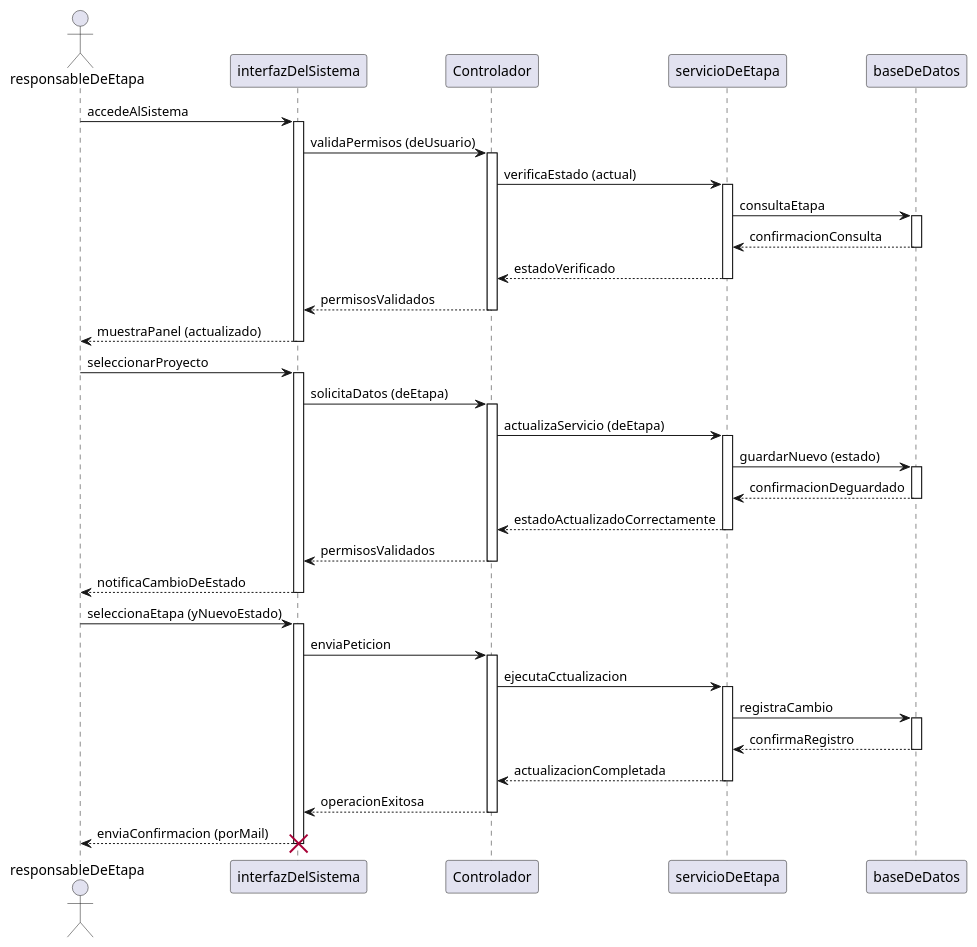
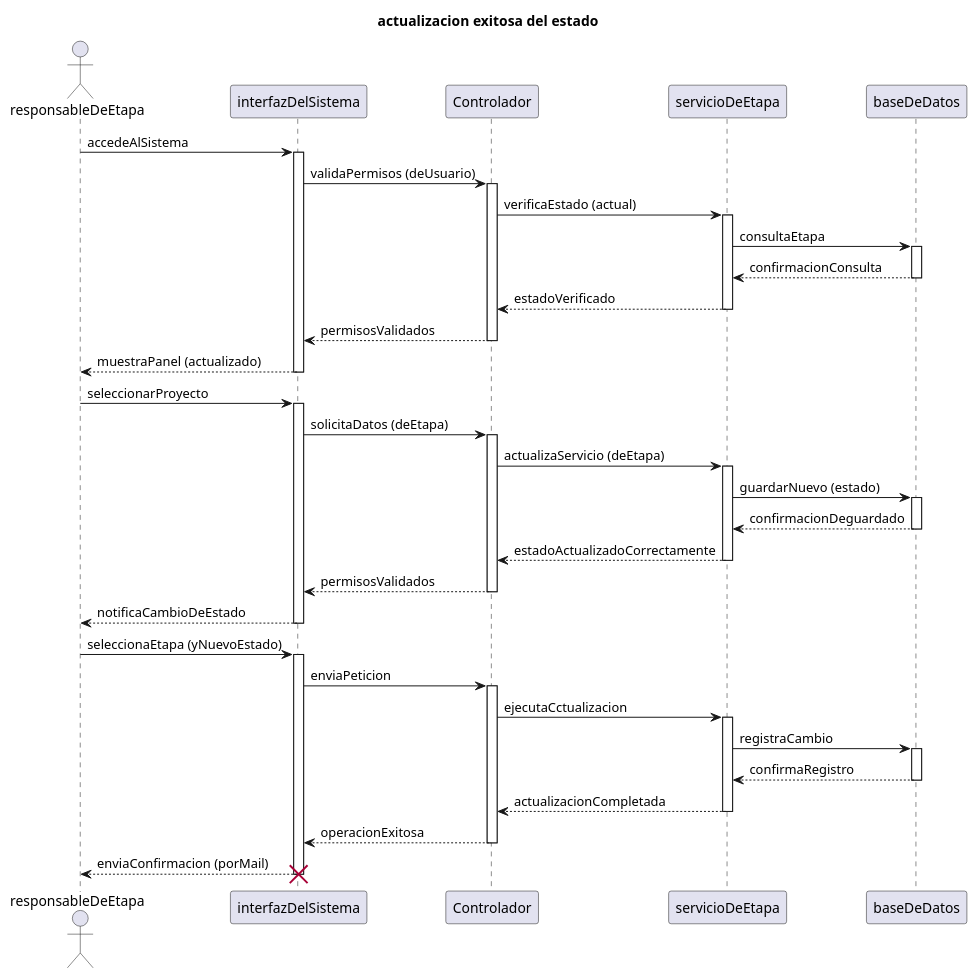
Before and after one commit to 9919-Mili/SistemaProductoraVideos: the diagram in diagramas/05-diagramas-secuencia/05-secuencia-actualizar-estado-de-la-etapa-actualizacion-exitosa-del-estado-de-la-etapa-02.puml, drawn with PlantUML. The commit also changed 4 other files, not shown here.

```diff
--- a/diagramas/05-diagramas-secuencia/05-secuencia-actualizar-estado-de-la-etapa-actualizacion-exitosa-del-estado-de-la-etapa-02.puml
+++ b/diagramas/05-diagramas-secuencia/05-secuencia-actualizar-estado-de-la-etapa-actualizacion-exitosa-del-estado-de-la-etapa-02.puml
@@ -1,61 +1,62 @@
-@startuml actualizacion exitosa del estado
+@startuml 
+title actualizacion exitosa del estado
 actor responsableDeEtapa
 participant interfazDelSistema
 participant Controlador
 participant servicioDeEtapa
 participant baseDeDatos
 
 
 responsableDeEtapa -> interfazDelSistema: accedeAlSistema
 activate interfazDelSistema 
 interfazDelSistema -> Controlador: validaPermisos (deUsuario)
 activate Controlador
 Controlador -> servicioDeEtapa: verificaEstado (actual)
 activate servicioDeEtapa
 servicioDeEtapa -> baseDeDatos: consultaEtapa 
 activate baseDeDatos
 baseDeDatos --> servicioDeEtapa: confirmacionConsulta
 deactivate baseDeDatos
 servicioDeEtapa --> Controlador: estadoVerificado
 deactivate servicioDeEtapa
 Controlador --> interfazDelSistema: permisosValidados
 deactivate Controlador
 interfazDelSistema --> responsableDeEtapa: muestraPanel (actualizado)
 deactivate interfazDelSistema
 
 responsableDeEtapa -> interfazDelSistema: seleccionarProyecto 
 activate interfazDelSistema
 interfazDelSistema -> Controlador: solicitaDatos (deEtapa)
 activate Controlador
 Controlador -> servicioDeEtapa: actualizaServicio (deEtapa) 
 activate servicioDeEtapa
 servicioDeEtapa -> baseDeDatos: guardarNuevo (estado) 
 activate baseDeDatos
 baseDeDatos --> servicioDeEtapa: confirmacionDeguardado
 deactivate baseDeDatos
 servicioDeEtapa --> Controlador: estadoActualizadoCorrectamente
 deactivate servicioDeEtapa
 Controlador --> interfazDelSistema: permisosValidados 
 deactivate Controlador
 interfazDelSistema --> responsableDeEtapa: notificaCambioDeEstado
 deactivate interfazDelSistema
 
 responsableDeEtapa -> interfazDelSistema: seleccionaEtapa (yNuevoEstado) 
 activate interfazDelSistema
 interfazDelSistema -> Controlador: enviaPeticion 
 activate Controlador
 Controlador -> servicioDeEtapa: ejecutaCctualizacion 
 activate servicioDeEtapa
 servicioDeEtapa -> baseDeDatos: registraCambio
 activate baseDeDatos
 baseDeDatos --> servicioDeEtapa: confirmaRegistro
 deactivate baseDeDatos
 servicioDeEtapa --> Controlador: actualizacionCompletada
 deactivate servicioDeEtapa 
 Controlador --> interfazDelSistema: operacionExitosa
 deactivate Controlador
 interfazDelSistema --> responsableDeEtapa: enviaConfirmacion (porMail)
 deactivate interfazDelSistema
 
 destroy interfazDelSistema
 @endum
```
